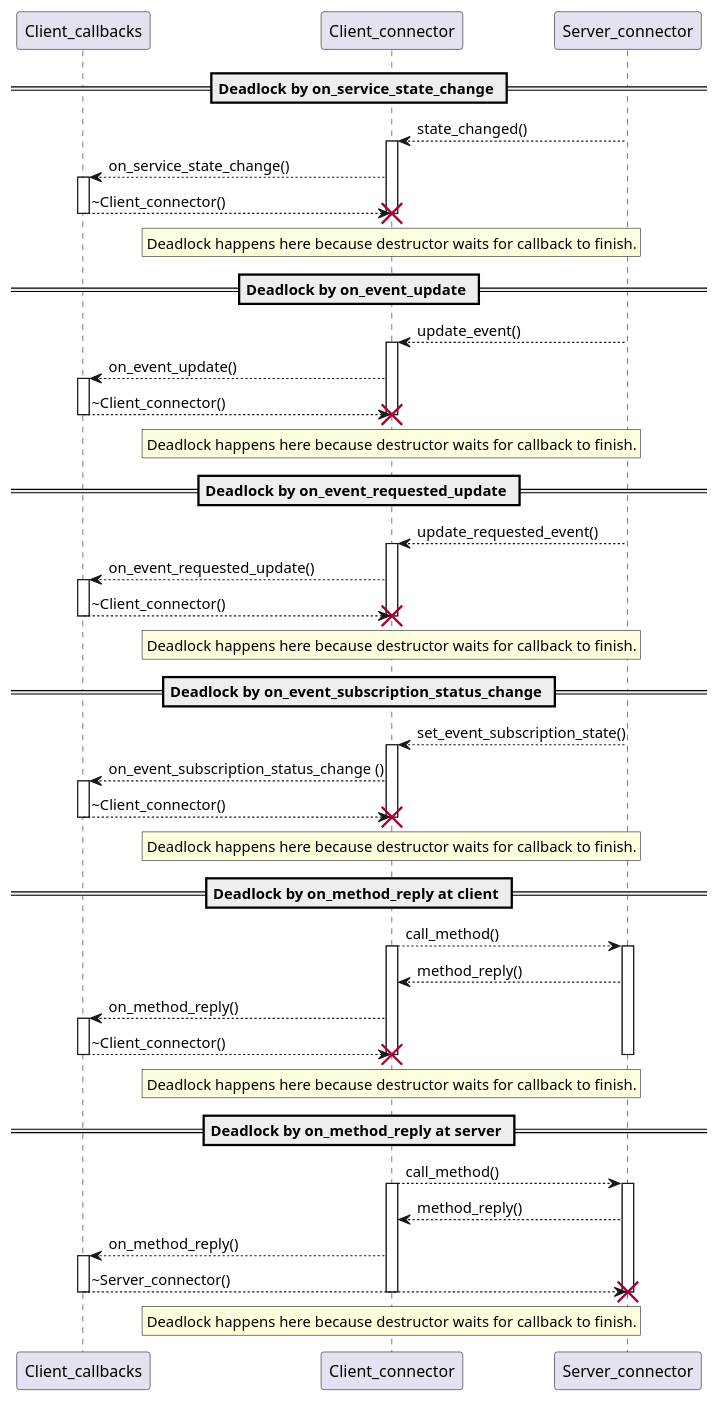
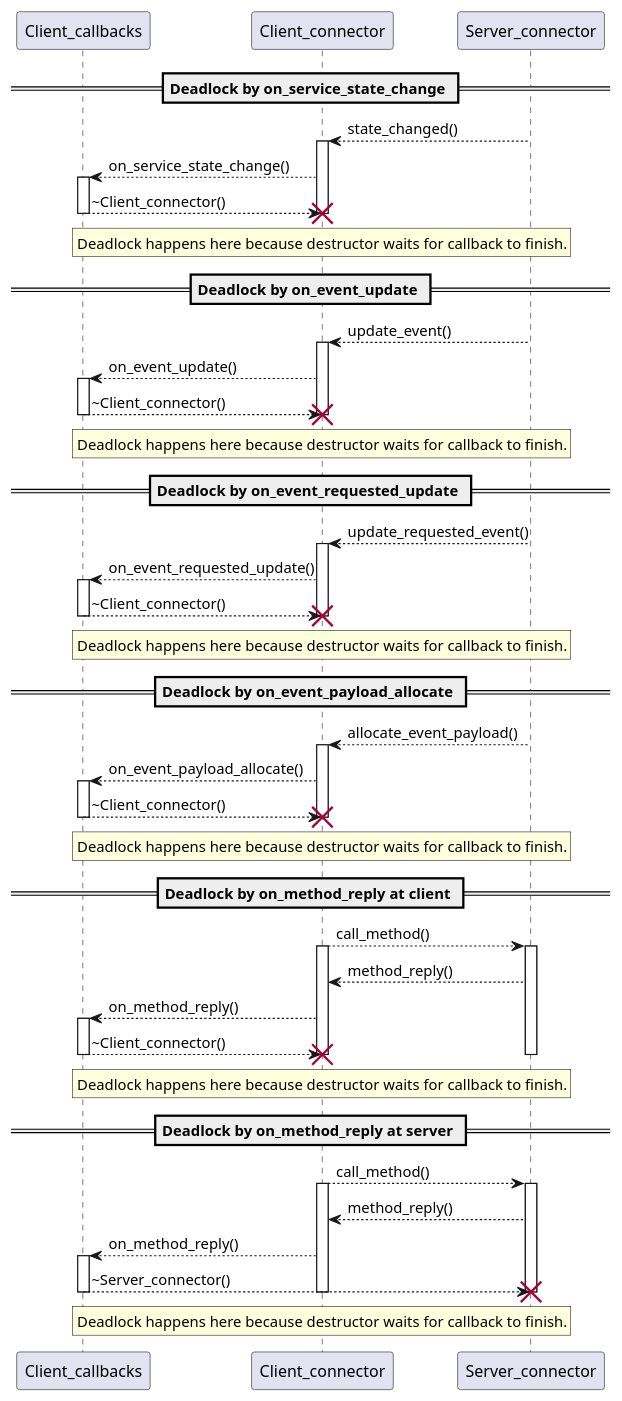
One commit to eclipse-score/inc_someip_gateway changed the diagram in score/socom/docs/design/models/interaction_diagram_client_connector_deadlocks.puml. Above: the diagram before and after it, drawn with PlantUML. The commit also changed 17 other files, not shown here.

First line of the commit message:
docs: add component architecture for socom, gateway_ipc_binding, and gatewayd (#385)

```diff
--- a/score/socom/docs/design/models/interaction_diagram_client_connector_deadlocks.puml
+++ b/score/socom/docs/design/models/interaction_diagram_client_connector_deadlocks.puml
@@ -14,109 +14,109 @@
 @startuml
 participant Client_callbacks
 participant Client_connector
 participant Server_connector
 
 == Deadlock by on_service_state_change ==
 
 Server_connector --> Client_connector: state_changed()
 activate Client_connector
 
 Client_connector --> Client_callbacks: on_service_state_change()
 activate Client_callbacks
 
 Client_callbacks --> Client_connector: ~Client_connector()
 destroy Client_connector
 deactivate Client_callbacks
 
 rnote over Client_connector
  Deadlock happens here because destructor waits for callback to finish.
 endrnote
 
 == Deadlock by on_event_update ==
 
 Server_connector --> Client_connector: update_event()
 activate Client_connector
 
 Client_connector --> Client_callbacks: on_event_update()
 activate Client_callbacks
 
 Client_callbacks --> Client_connector: ~Client_connector()
 destroy Client_connector
 deactivate Client_callbacks
 
 rnote over Client_connector
  Deadlock happens here because destructor waits for callback to finish.
 endrnote
 
 == Deadlock by on_event_requested_update ==
 
 Server_connector --> Client_connector: update_requested_event()
 activate Client_connector
 
 Client_connector --> Client_callbacks: on_event_requested_update()
 activate Client_callbacks
 
 Client_callbacks --> Client_connector: ~Client_connector()
 destroy Client_connector
 deactivate Client_callbacks
 
 rnote over Client_connector
  Deadlock happens here because destructor waits for callback to finish.
 endrnote
 
-== Deadlock by on_event_subscription_status_change ==
+== Deadlock by on_event_payload_allocate ==
 
-Server_connector --> Client_connector: set_event_subscription_state()
+Server_connector --> Client_connector: allocate_event_payload()
 activate Client_connector
 
-Client_connector --> Client_callbacks: on_event_subscription_status_change ()
+Client_connector --> Client_callbacks: on_event_payload_allocate()
 activate Client_callbacks
 
 Client_callbacks --> Client_connector: ~Client_connector()
 destroy Client_connector
 deactivate Client_callbacks
 
 rnote over Client_connector
  Deadlock happens here because destructor waits for callback to finish.
 endrnote
 
 == Deadlock by on_method_reply at client ==
 
 Client_connector --> Server_connector: call_method()
 activate Client_connector
 activate Server_connector
 
 Server_connector --> Client_connector: method_reply()
 
 Client_connector --> Client_callbacks: on_method_reply()
 activate Client_callbacks
 
 Client_callbacks --> Client_connector: ~Client_connector()
 destroy Client_connector
 deactivate Client_callbacks
 deactivate Server_connector
 
 rnote over Client_connector
  Deadlock happens here because destructor waits for callback to finish.
 endrnote
 
 == Deadlock by on_method_reply at server ==
 
 Client_connector --> Server_connector: call_method()
 activate Client_connector
 activate Server_connector
 
 Server_connector --> Client_connector: method_reply()
 
 Client_connector --> Client_callbacks: on_method_reply()
 activate Client_callbacks
 
 Client_callbacks --> Server_connector: ~Server_connector()
 deactivate Client_connector
 deactivate Client_callbacks
 destroy Server_connector
 
 rnote over Client_connector
  Deadlock happens here because destructor waits for callback to finish.
 endrnote
 @enduml
```
